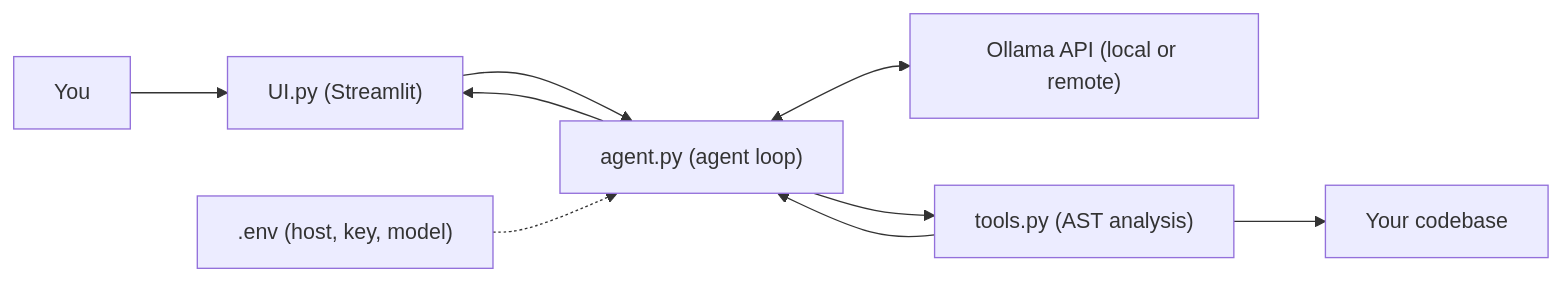
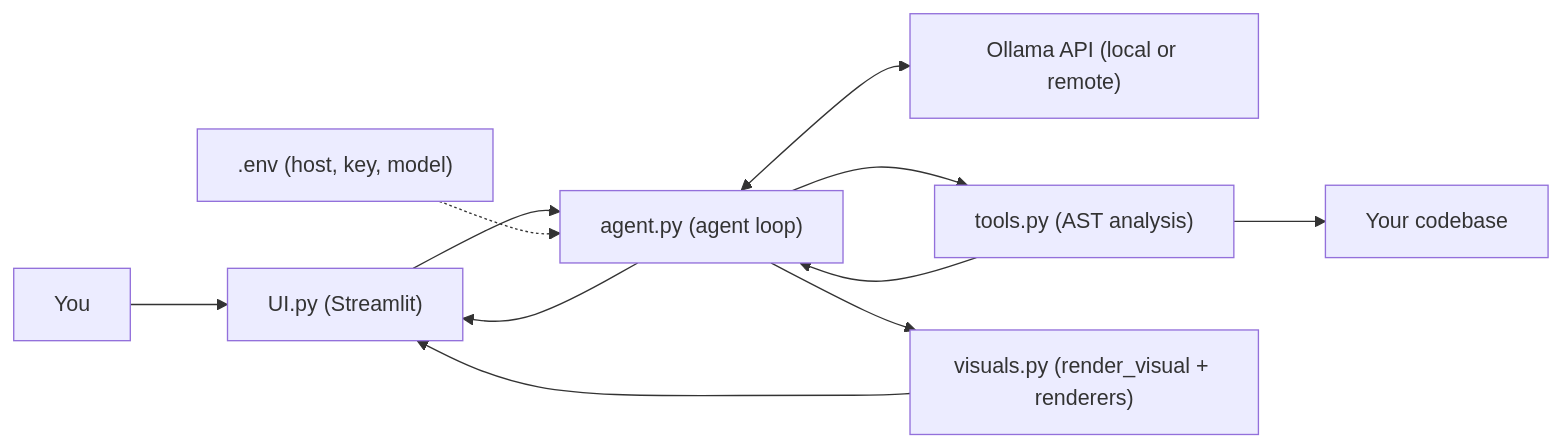
One commit to leeutkarsh/CodeTerrain changed the second of 2 diagrams in README.md. Above: the diagram before and after it, drawn with Mermaid. The commit also changed other lines of this file, not shown here.

````diff
--- a/README.md
+++ b/README.md
@@ -234,11 +386,13 @@
 ```mermaid
 flowchart LR
     A["You"] --> B["UI.py (Streamlit)"]
     B --> C["agent.py (agent loop)"]
     ENV[".env (host, key, model)"] -.-> C
     C <--> D["Ollama API (local or remote)"]
     C --> E["tools.py (AST analysis)"]
     E --> F["Your codebase"]
     E --> C
+    C --> V["visuals.py (render_visual + renderers)"]
+    V --> B
     C --> B
 ```
````
